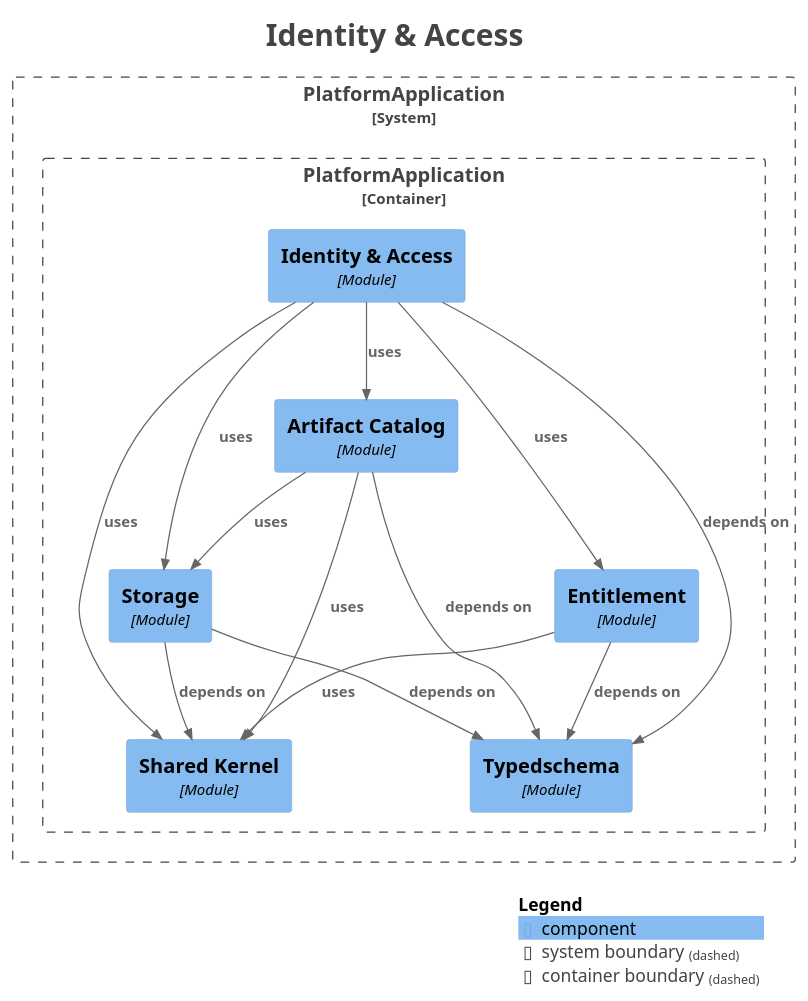
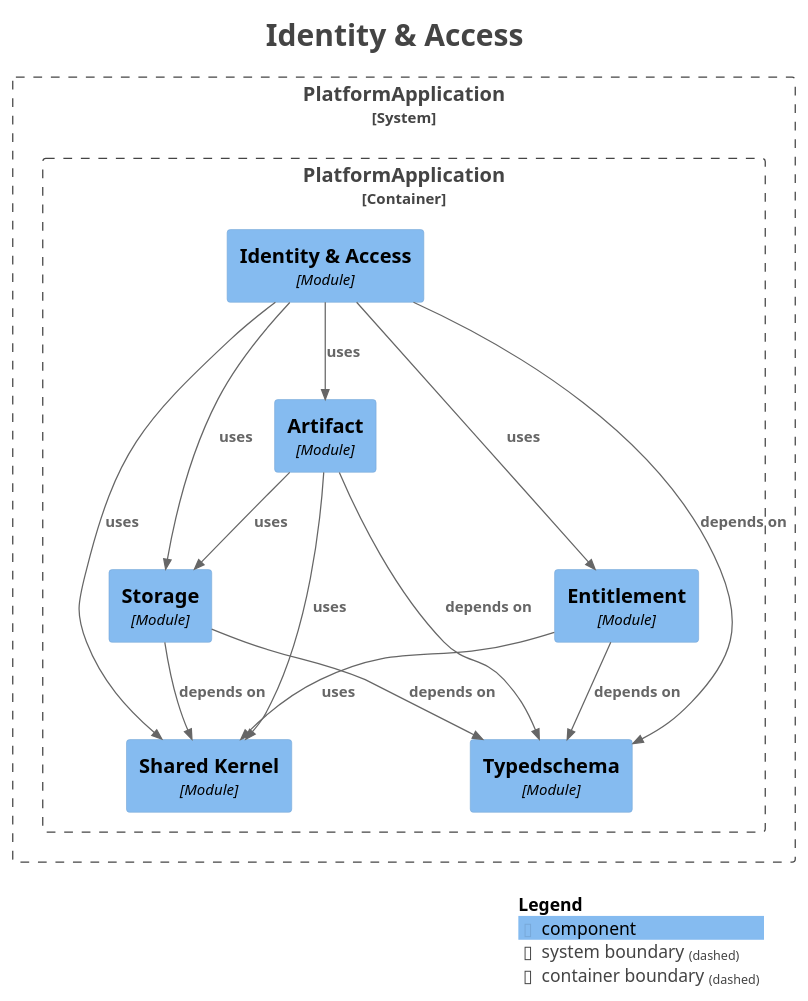
The diagram in platform-app/docs/architecture/maps/generated/modulith/module-identity.puml (shangxq007/media-platform), drawn with PlantUML before and after one commit. The commit also changed 51 other files, not shown here.

First line of the commit message:
refactor(artifact): absorb artifact catalog authority and retire module (PMPR-A1R1)

```diff
--- a/platform-app/docs/architecture/maps/generated/modulith/module-identity.puml
+++ b/platform-app/docs/architecture/maps/generated/modulith/module-identity.puml
@@ -1,45 +1,45 @@
 @startuml
 title <size:24>Identity & Access</size>
 
 set separator none
 top to bottom direction
 
 <style>
   root {
     BackgroundColor: #ffffff
     FontColor: #444444
   }
 </style>
 
 !include <C4/C4>
 !include <C4/C4_Context>
 !include <C4/C4_Component>
 
 System_Boundary("PlatformApplication_boundary", "PlatformApplication", $tags="") {
   Container_Boundary("PlatformApplication.PlatformApplication_boundary", "PlatformApplication", $tags="") {
     Component(PlatformApplication.PlatformApplication.SharedKernel, "Shared Kernel", $techn="Module", $descr="", $tags="", $link="")
     Component(PlatformApplication.PlatformApplication.Typedschema, "Typedschema", $techn="Module", $descr="", $tags="", $link="")
     Component(PlatformApplication.PlatformApplication.Storage, "Storage", $techn="Module", $descr="", $tags="", $link="")
-    Component(PlatformApplication.PlatformApplication.ArtifactCatalog, "Artifact Catalog", $techn="Module", $descr="", $tags="", $link="")
+    Component(PlatformApplication.PlatformApplication.Artifact, "Artifact", $techn="Module", $descr="", $tags="", $link="")
     Component(PlatformApplication.PlatformApplication.Entitlement, "Entitlement", $techn="Module", $descr="", $tags="", $link="")
     Component(PlatformApplication.PlatformApplication.IdentityAccess, "Identity & Access", $techn="Module", $descr="", $tags="", $link="")
   }
 
 }
 
-Rel(PlatformApplication.PlatformApplication.ArtifactCatalog, PlatformApplication.PlatformApplication.SharedKernel, "uses", $techn="", $tags="", $link="")
-Rel(PlatformApplication.PlatformApplication.ArtifactCatalog, PlatformApplication.PlatformApplication.Storage, "uses", $techn="", $tags="", $link="")
 Rel(PlatformApplication.PlatformApplication.Storage, PlatformApplication.PlatformApplication.Typedschema, "depends on", $techn="", $tags="", $link="")
 Rel(PlatformApplication.PlatformApplication.Storage, PlatformApplication.PlatformApplication.SharedKernel, "depends on", $techn="", $tags="", $link="")
 Rel(PlatformApplication.PlatformApplication.Entitlement, PlatformApplication.PlatformApplication.Typedschema, "depends on", $techn="", $tags="", $link="")
 Rel(PlatformApplication.PlatformApplication.Entitlement, PlatformApplication.PlatformApplication.SharedKernel, "uses", $techn="", $tags="", $link="")
 Rel(PlatformApplication.PlatformApplication.IdentityAccess, PlatformApplication.PlatformApplication.Typedschema, "depends on", $techn="", $tags="", $link="")
 Rel(PlatformApplication.PlatformApplication.IdentityAccess, PlatformApplication.PlatformApplication.SharedKernel, "uses", $techn="", $tags="", $link="")
 Rel(PlatformApplication.PlatformApplication.IdentityAccess, PlatformApplication.PlatformApplication.Entitlement, "uses", $techn="", $tags="", $link="")
-Rel(PlatformApplication.PlatformApplication.IdentityAccess, PlatformApplication.PlatformApplication.ArtifactCatalog, "uses", $techn="", $tags="", $link="")
+Rel(PlatformApplication.PlatformApplication.IdentityAccess, PlatformApplication.PlatformApplication.Artifact, "uses", $techn="", $tags="", $link="")
 Rel(PlatformApplication.PlatformApplication.IdentityAccess, PlatformApplication.PlatformApplication.Storage, "uses", $techn="", $tags="", $link="")
-Rel(PlatformApplication.PlatformApplication.ArtifactCatalog, PlatformApplication.PlatformApplication.Typedschema, "depends on", $techn="", $tags="", $link="")
+Rel(PlatformApplication.PlatformApplication.Artifact, PlatformApplication.PlatformApplication.Typedschema, "depends on", $techn="", $tags="", $link="")
+Rel(PlatformApplication.PlatformApplication.Artifact, PlatformApplication.PlatformApplication.SharedKernel, "uses", $techn="", $tags="", $link="")
+Rel(PlatformApplication.PlatformApplication.Artifact, PlatformApplication.PlatformApplication.Storage, "uses", $techn="", $tags="", $link="")
 
 SHOW_LEGEND(true)
 hide stereotypes
 @enduml
```
